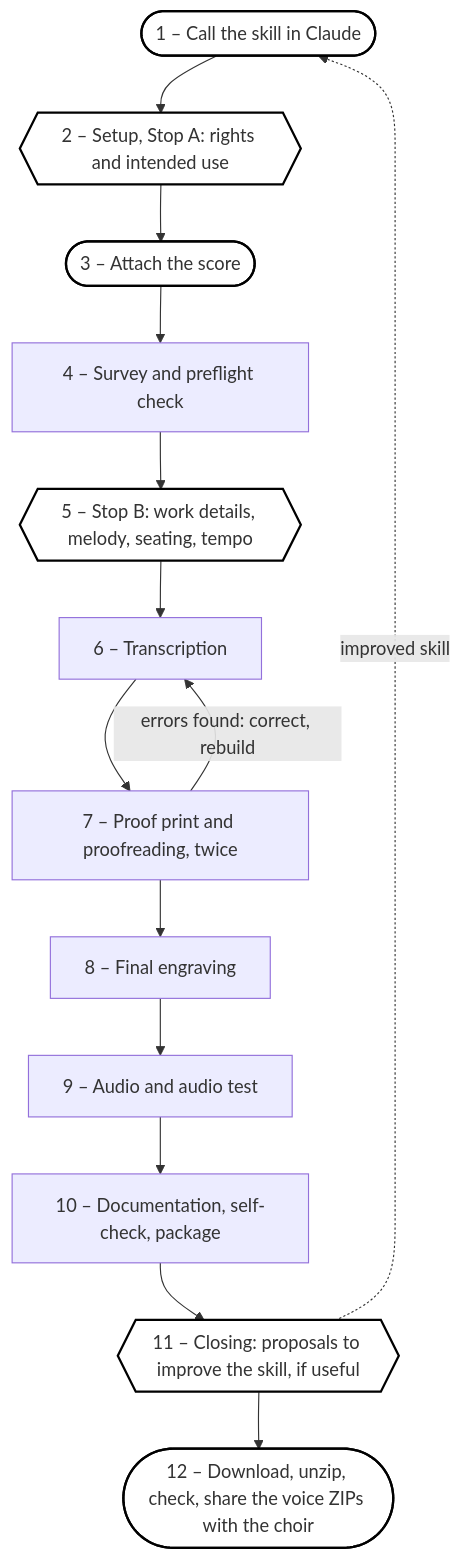
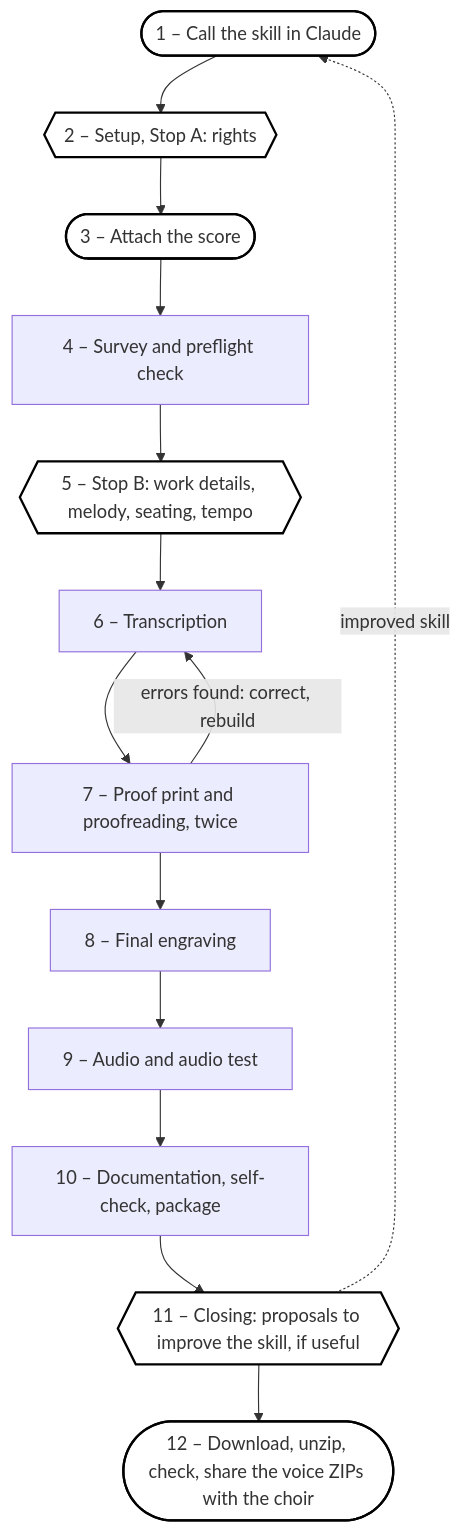
Before and after one commit to vbth/choir-practice: the diagram in README.md, drawn with Mermaid. The commit also changed other lines of this file and 22 other files, not shown here.

````diff
--- a/README.md
+++ b/README.md
@@ -77,22 +77,22 @@
 ```mermaid
 flowchart TD
-    U1(["1 – Call the skill in Claude"]) --> A{{"2 – Setup, Stop A: rights and intended use"}}
+    U1(["1 – Call the skill in Claude"]) --> A{{"2 – Setup, Stop A: rights"}}
     A --> U3(["3 – Attach the score"])
     U3 --> P1["4 – Survey and preflight check"]
     P1 --> B{{"5 – Stop B: work details, melody, seating, tempo"}}
     B --> P3["6 – Transcription"]
     P3 --> P4["7 – Proof print and proofreading, twice"]
     P4 -->|errors found: correct, rebuild| P3
     P4 --> P5["8 – Final engraving"]
     P5 --> P6["9 – Audio and audio test"]
     P6 --> P7["10 – Documentation, self-check, package"]
     P7 --> P8{{"11 – Closing: proposals to improve the skill, if useful"}}
     P8 --> U2(["12 – Download, unzip, check, share the voice ZIPs with the choir"])
     P8 -.->|improved skill| U1
     style U1 fill:#fff,stroke:#000,stroke-width:2px
     style U3 fill:#fff,stroke:#000,stroke-width:2px
     style U2 fill:#fff,stroke:#000,stroke-width:2px
     style A fill:#fff,stroke:#000,stroke-width:2px
     style B fill:#fff,stroke:#000,stroke-width:2px
     style P8 fill:#fff,stroke:#000,stroke-width:2px
 ```
````
